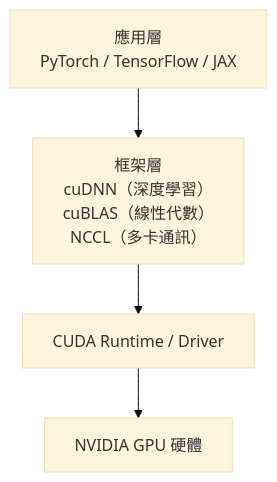
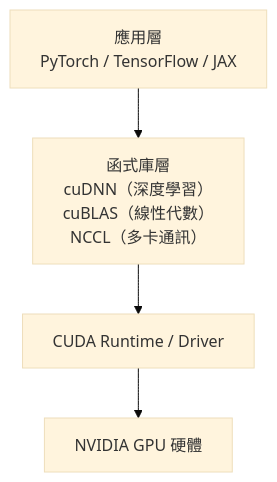
One commit to wizardhsiehcom/book changed the diagram in docs/nvidia/cuda-ecosystem.md. Above: the diagram before and after it, drawn with Mermaid (base theme). The commit also changed other lines of this file and 1 other file, not shown here.

````diff
--- a/docs/nvidia/cuda-ecosystem.md
+++ b/docs/nvidia/cuda-ecosystem.md
@@ -9,11 +13,11 @@
 ```mermaid
 flowchart TD
     A["應用層<br/>PyTorch / TensorFlow / JAX"]
-    B["框架層<br/>cuDNN（深度學習）<br/>cuBLAS（線性代數）<br/>NCCL（多卡通訊）"]
+    B["函式庫層<br/>cuDNN（深度學習）<br/>cuBLAS（線性代數）<br/>NCCL（多卡通訊）"]
     C["CUDA Runtime / Driver"]
     D["NVIDIA GPU 硬體"]
 
     A --> B
     B --> C
     C --> D
 ```
````
